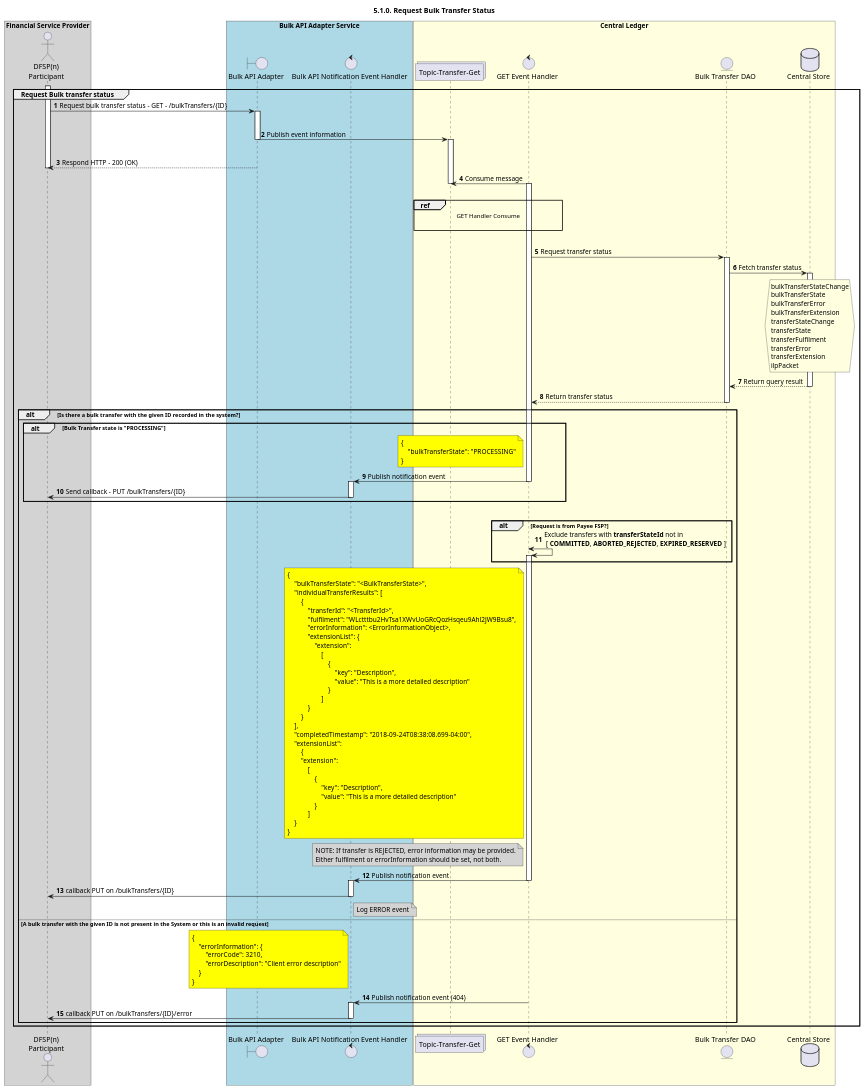
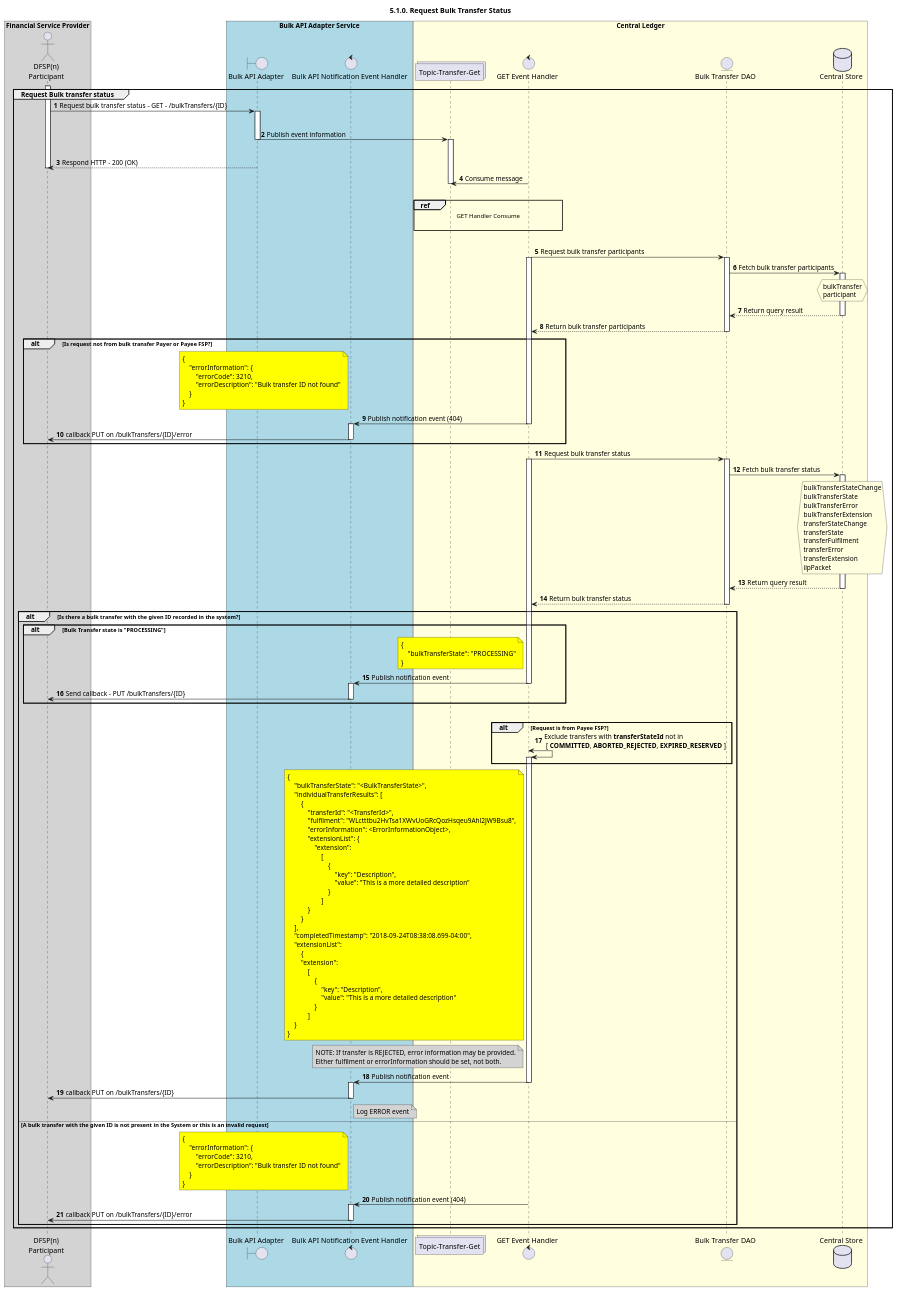
Before and after one commit to mojaloop/documentation: the diagram in mojaloop-technical-overview/central-bulk-transfers/assets/diagrams/sequence/seq-bulk-5.1.0-get-overview.plantuml, drawn with PlantUML.

Commit message:
GET Bulk Transfers diagram: add participants validation step

```diff
--- a/mojaloop-technical-overview/central-bulk-transfers/assets/diagrams/sequence/seq-bulk-5.1.0-get-overview.plantuml
+++ b/mojaloop-technical-overview/central-bulk-transfers/assets/diagrams/sequence/seq-bulk-5.1.0-get-overview.plantuml
@@ -25,156 +25,185 @@
 @startuml
 ' declate title
 title 5.1.0. Request Bulk Transfer Status
 
 autonumber
 
 ' declare actors
 actor "DFSP(n)\nParticipant" as DFSP
 control "Bulk API Notification Event Handler" as NOTIFY_HANDLER
 boundary "Bulk API Adapter" as BULKAPI
 collections "Topic-Transfer-Get" as TOPIC_GET
 control "GET Event Handler" as GET_HANDLER
-entity "Bulk Transfer DAO" as TRANSFER_DAO
+entity "Bulk Transfer DAO" as BULK_TRANSFER_DAO
 database "Central Store" as DB
 
 box "Financial Service Provider" #lightGray
 	participant DFSP
 end box
 box "Bulk API Adapter Service" #LightBlue
     participant BULKAPI
 	participant NOTIFY_HANDLER
 end box
 box "Central Ledger" #LightYellow
     participant TOPIC_GET
     participant GET_HANDLER
-    participant TRANSFER_DAO
+    participant BULK_TRANSFER_DAO
     participant DB
 end box
 
 ' start flow
 group Request Bulk transfer status
     activate DFSP
     DFSP -> BULKAPI: Request bulk transfer status - GET - /bulkTransfers/{ID}
     activate BULKAPI
     |||
     BULKAPI -> TOPIC_GET: Publish event information
     deactivate BULKAPI
     activate TOPIC_GET
     |||
     deactivate GET_HANDLER
     
     DFSP <-- BULKAPI: Respond HTTP - 200 (OK)
     deactivate DFSP
     deactivate BULKAPI
     GET_HANDLER -> TOPIC_GET: Consume message
     |||
     ref over TOPIC_GET, GET_HANDLER :  GET Handler Consume\n
     |||
     deactivate TOPIC_GET
+    
+    GET_HANDLER -> BULK_TRANSFER_DAO: Request bulk transfer participants 
     activate GET_HANDLER
-    GET_HANDLER -> TRANSFER_DAO: Request transfer status
-    activate TRANSFER_DAO
-    TRANSFER_DAO -> DB: Fetch transfer status
+    activate BULK_TRANSFER_DAO
+    BULK_TRANSFER_DAO -> DB: Fetch bulk transfer participants
+    activate DB
+    hnote over DB #lightYellow
+        bulkTransfer
+        participant
+    end hnote
+    BULK_TRANSFER_DAO <-- DB: Return query result 
+    deactivate DB
+    GET_HANDLER <-- BULK_TRANSFER_DAO: Return bulk transfer participants
+    deactivate BULK_TRANSFER_DAO
+    alt Is request not from bulk transfer Payer or Payee FSP?
+        note left of NOTIFY_HANDLER #yellow
+            {
+                "errorInformation": {
+                    "errorCode": 3210,
+                    "errorDescription": "Bulk transfer ID not found"
+                }
+            }
+        end note
+        GET_HANDLER -> NOTIFY_HANDLER: Publish notification event (404)
+        deactivate GET_HANDLER
+        activate NOTIFY_HANDLER
+        DFSP <- NOTIFY_HANDLER: callback PUT on /bulkTransfers/{ID}/error
+        deactivate NOTIFY_HANDLER
+    end
+    GET_HANDLER -> BULK_TRANSFER_DAO: Request bulk transfer status
+    activate GET_HANDLER
+    activate BULK_TRANSFER_DAO
+    BULK_TRANSFER_DAO -> DB: Fetch bulk transfer status
 
     activate DB
     hnote over DB #lightyellow
         bulkTransferStateChange
         bulkTransferState
         bulkTransferError
         bulkTransferExtension
         transferStateChange
         transferState
         transferFulfilment
         transferError
         transferExtension
         ilpPacket
     end hnote
-    TRANSFER_DAO <-- DB: Return query result
+    BULK_TRANSFER_DAO <-- DB: Return query result
     deactivate DB
     
-    GET_HANDLER <-- TRANSFER_DAO: Return transfer status
-    deactivate TRANSFER_DAO
+    GET_HANDLER <-- BULK_TRANSFER_DAO: Return bulk transfer status
+    deactivate BULK_TRANSFER_DAO
     
     alt Is there a bulk transfer with the given ID recorded in the system?
         alt Bulk Transfer state is **"PROCESSING"**
             note left of GET_HANDLER #yellow
                 {
                     "bulkTransferState": "PROCESSING"
                 }
             end note
             NOTIFY_HANDLER <- GET_HANDLER: Publish notification event
             deactivate GET_HANDLER
             activate NOTIFY_HANDLER
             NOTIFY_HANDLER -> DFSP: Send callback - PUT /bulkTransfers/{ID}
             deactivate NOTIFY_HANDLER
         end
         |||
         alt Request is from Payee FSP?
             GET_HANDLER <-> GET_HANDLER: Exclude transfers with **transferStateId** not in \n [ **COMMITTED**, **ABORTED_REJECTED**, **EXPIRED_RESERVED** ]
             activate GET_HANDLER
         end
         
         note left of GET_HANDLER #yellow
             {
                 "bulkTransferState": "<BulkTransferState>",
                 "individualTransferResults": [
                     {
                         "transferId": "<TransferId>",
                         "fulfilment": "WLctttbu2HvTsa1XWvUoGRcQozHsqeu9Ahl2JW9Bsu8",
                         "errorInformation": <ErrorInformationObject>,
                         "extensionList": {
                             "extension":
                                 [
                                     {
                                         "key": "Description",
                                         "value": "This is a more detailed description"
                                     }
                                 ]
                         }
                     }
                 ],
                 "completedTimestamp": "2018-09-24T08:38:08.699-04:00",
                 "extensionList":
                     {
                     "extension":
                         [
                             {
                                 "key": "Description",
                                 "value": "This is a more detailed description"
                             }
                         ]
                 }
             }
         end note
         note left of GET_HANDLER #lightGray
             NOTE: If transfer is REJECTED, error information may be provided.
             Either fulfilment or errorInformation should be set, not both.
         end note
         NOTIFY_HANDLER <- GET_HANDLER: Publish notification event
         deactivate GET_HANDLER
         activate NOTIFY_HANDLER
         DFSP <- NOTIFY_HANDLER: callback PUT on /bulkTransfers/{ID}
         deactivate NOTIFY_HANDLER
         note right of NOTIFY_HANDLER #lightgray
             Log ERROR event
         end note
     else A bulk transfer with the given ID is not present in the System or this is an invalid request
         note left of NOTIFY_HANDLER #yellow
             {
                 "errorInformation": {
                     "errorCode": 3210,
-                    "errorDescription": "Client error description"
+                    "errorDescription": "Bulk transfer ID not found"
                 }
             }
         end note
         GET_HANDLER -> NOTIFY_HANDLER: Publish notification event (404)
         activate NOTIFY_HANDLER
         DFSP <- NOTIFY_HANDLER: callback PUT on /bulkTransfers/{ID}/error
         deactivate NOTIFY_HANDLER
     end
 
     deactivate GET_HANDLER
     deactivate NOTIFY_HANDLER
 deactivate DFSP
 end
 @enduml
```
